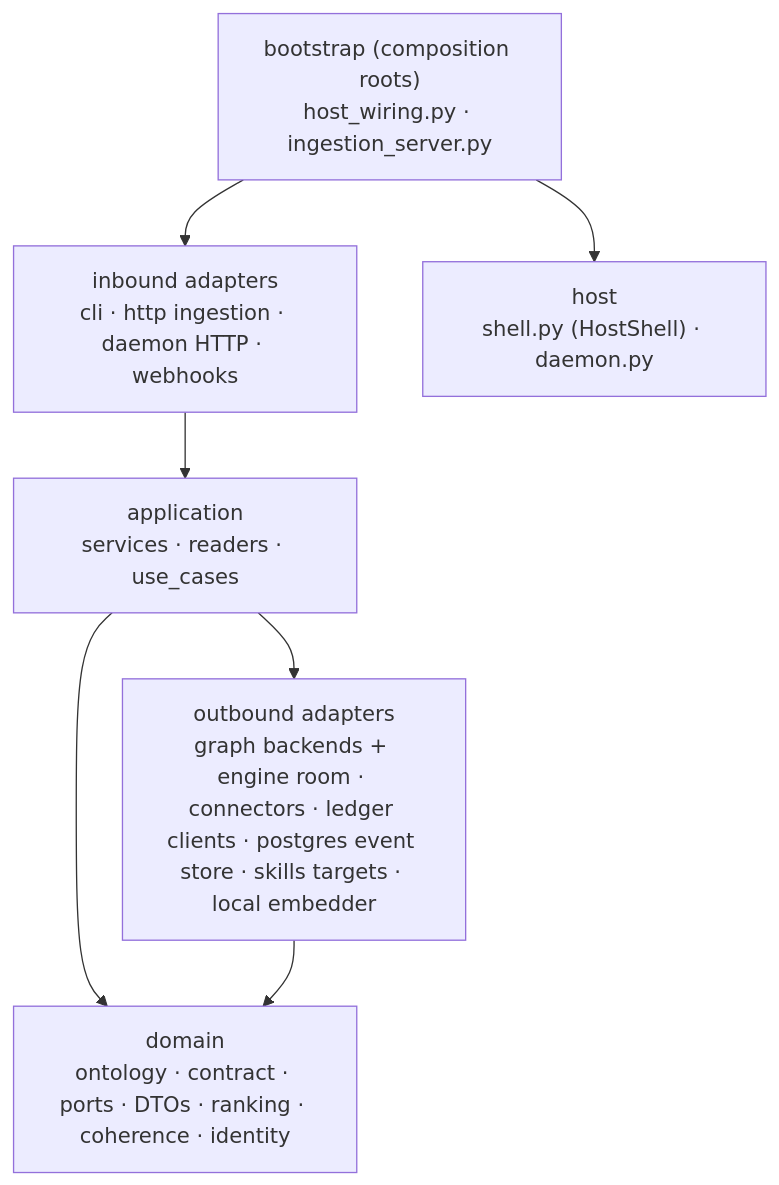
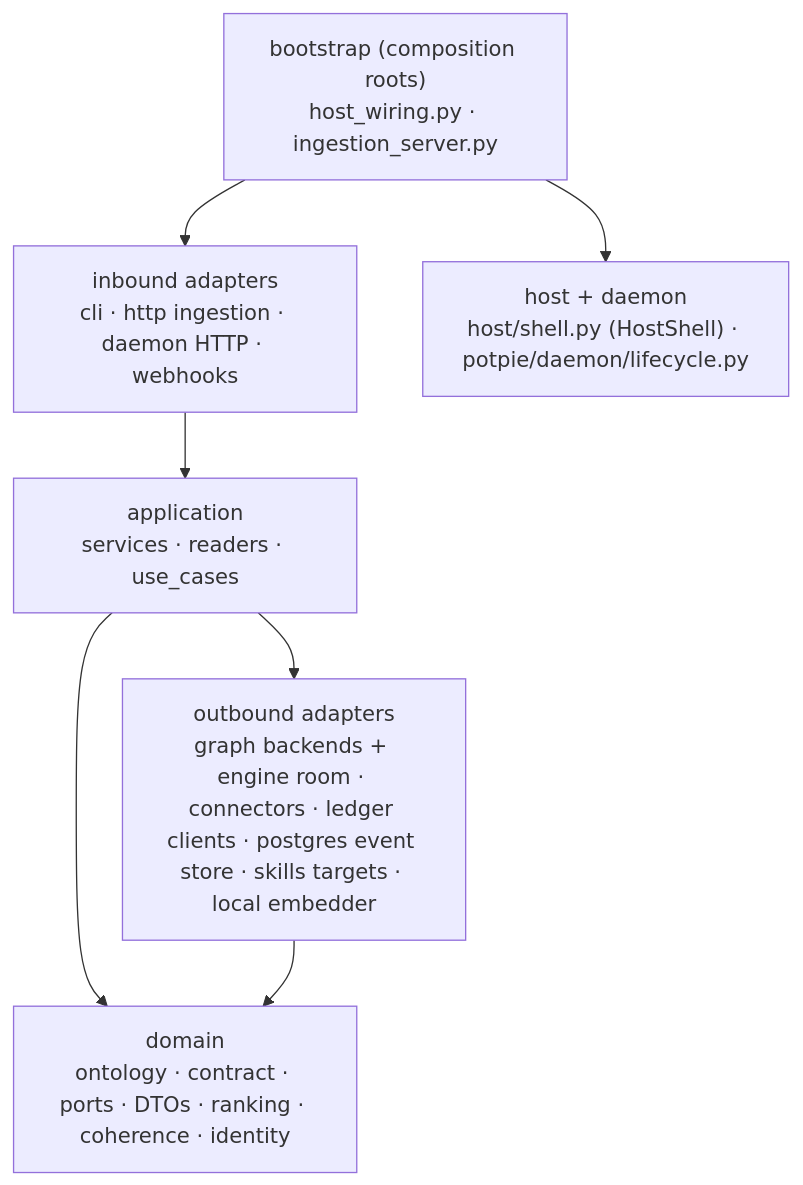
One commit to potpie-ai/potpie changed the first of 5 diagrams in docs/context-graph/architecture.md. Above: the diagram before and after it, drawn with Mermaid. The commit also changed other lines of this file and 19 other files, not shown here.

````diff
--- a/docs/context-graph/architecture.md
+++ b/docs/context-graph/architecture.md
@@ -27,16 +27,16 @@
 ```mermaid
 flowchart TB
   cg_inbound["inbound adapters<br/>cli · http ingestion · daemon HTTP · webhooks"]
   cg_app["application<br/>services · readers · use_cases"]
   cg_domain["domain<br/>ontology · contract · ports · DTOs · ranking · coherence · identity"]
   cg_outbound["outbound adapters<br/>graph backends + engine room · connectors · ledger clients · postgres event store · skills targets · local embedder"]
   cg_boot["bootstrap (composition roots)<br/>host_wiring.py · ingestion_server.py"]
-  cg_host["host<br/>shell.py (HostShell) · daemon.py"]
+  cg_host["host + daemon<br/>host/shell.py (HostShell) · potpie/daemon/lifecycle.py"]
 
   cg_boot --> cg_host
   cg_boot --> cg_inbound
   cg_inbound --> cg_app
   cg_app --> cg_domain
   cg_app --> cg_outbound
   cg_outbound --> cg_domain
 ```
````
